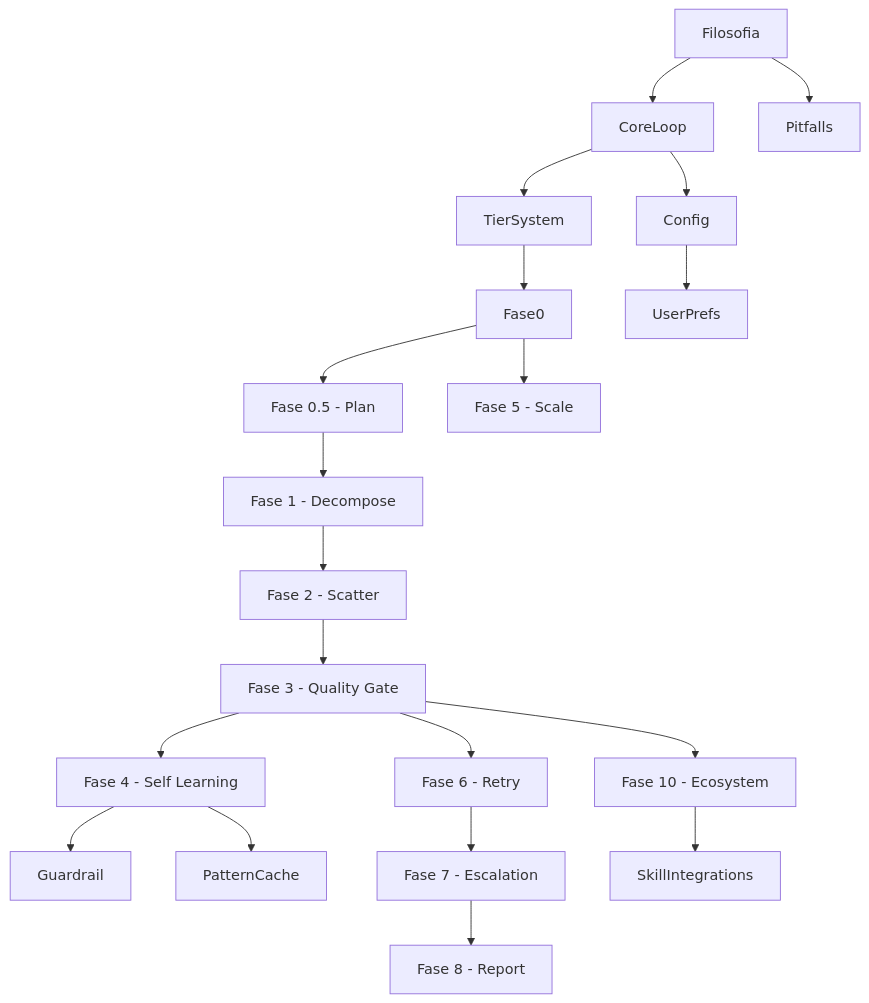
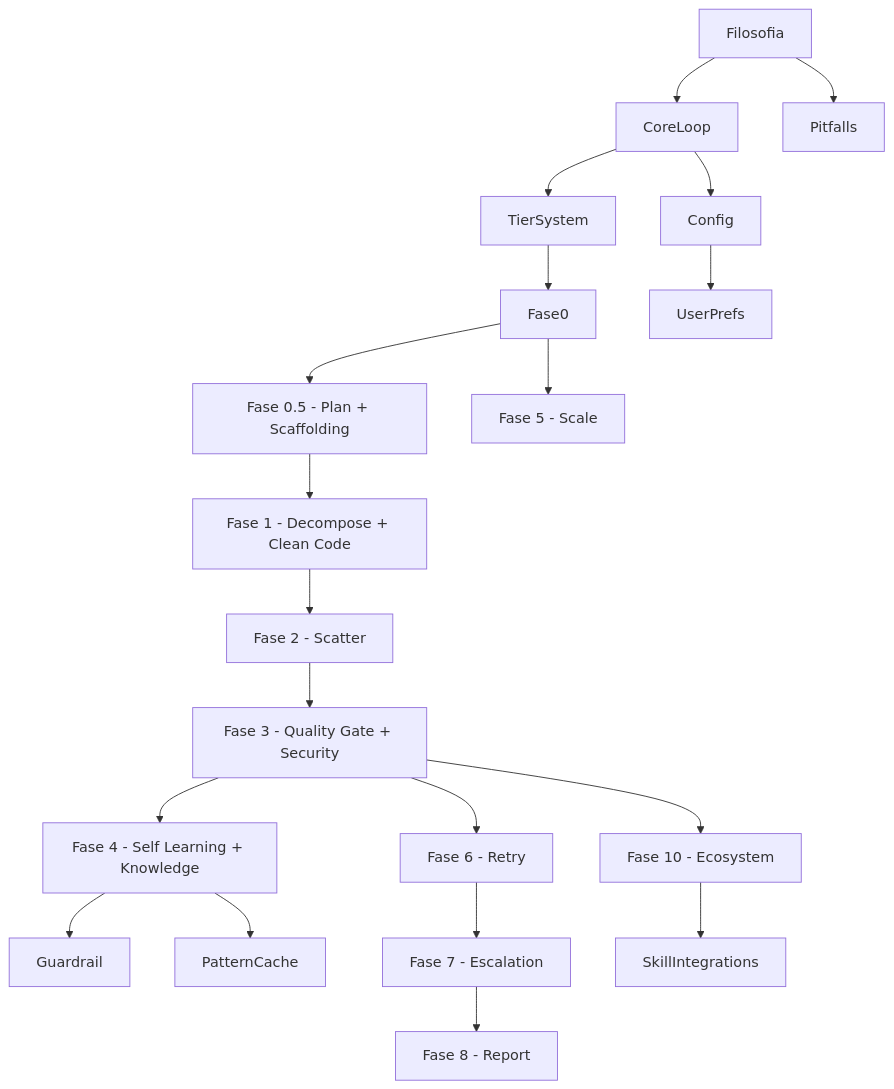
Before and after one commit to ffazecaldy/Prometheus-Engine: the diagram in obsidian-vault/Prometheus Engine.md, drawn with Mermaid. The commit also changed other lines of this file and 11 other files, not shown here.

````diff
--- a/obsidian-vault/Prometheus Engine.md
+++ b/obsidian-vault/Prometheus Engine.md
@@ -11,22 +11,22 @@
 ```mermaid
 graph TD
     Filosofia --> CoreLoop
     CoreLoop --> TierSystem
     TierSystem --> Fase0
-    Fase0 --> Fase05[Fase 0.5 - Plan]
-    Fase05 --> Fase1[Fase 1 - Decompose]
+    Fase0 --> Fase05[Fase 0.5 - Plan + Scaffolding]
+    Fase05 --> Fase1[Fase 1 - Decompose + Clean Code]
     Fase1 --> Fase2[Fase 2 - Scatter]
-    Fase2 --> Fase3[Fase 3 - Quality Gate]
-    Fase3 --> Fase4[Fase 4 - Self Learning]
+    Fase2 --> Fase3[Fase 3 - Quality Gate + Security]
+    Fase3 --> Fase4[Fase 4 - Self Learning + Knowledge]
     Fase4 --> Guardrail
     Fase4 --> PatternCache
     Fase3 --> Fase6[Fase 6 - Retry]
     Fase6 --> Fase7[Fase 7 - Escalation]
     Fase7 --> Fase8[Fase 8 - Report]
     Fase0 --> Fase5[Fase 5 - Scale]
     Fase3 --> Fase10[Fase 10 - Ecosystem]
     Fase10 --> SkillIntegrations
     Filosofia --> Pitfalls
     CoreLoop --> Config
     Config --> UserPrefs
 ```
````
